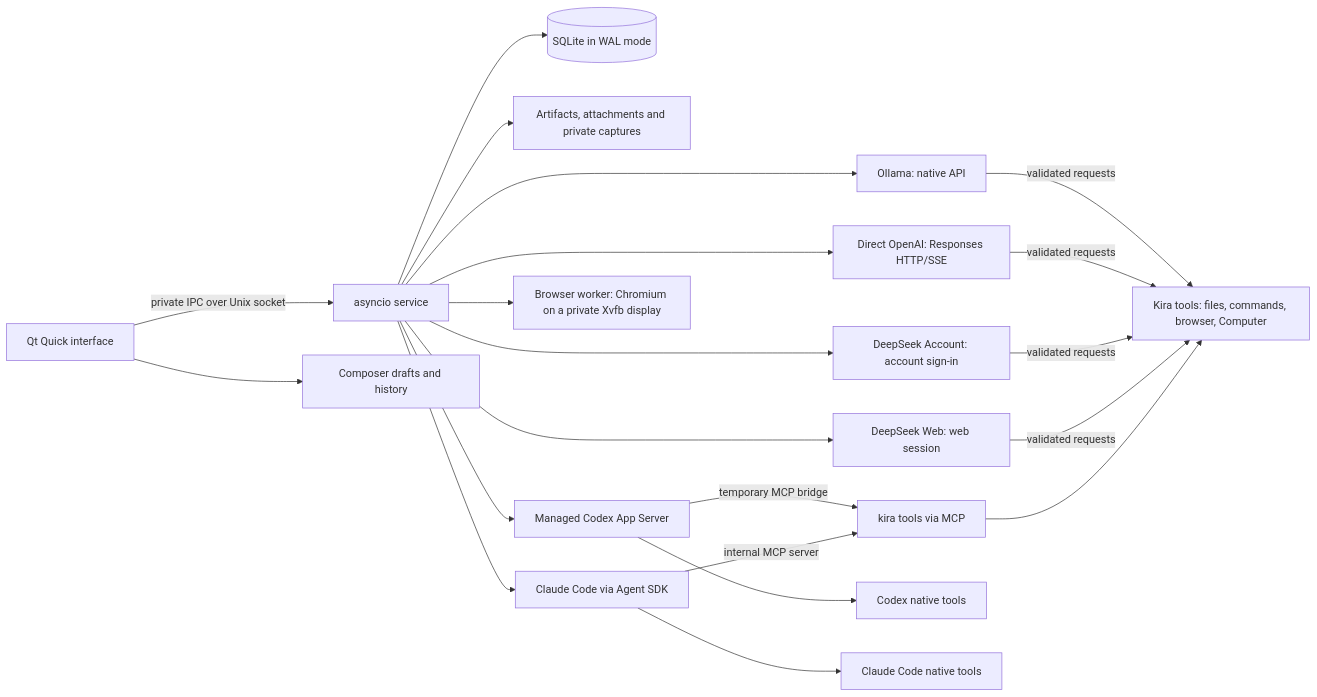
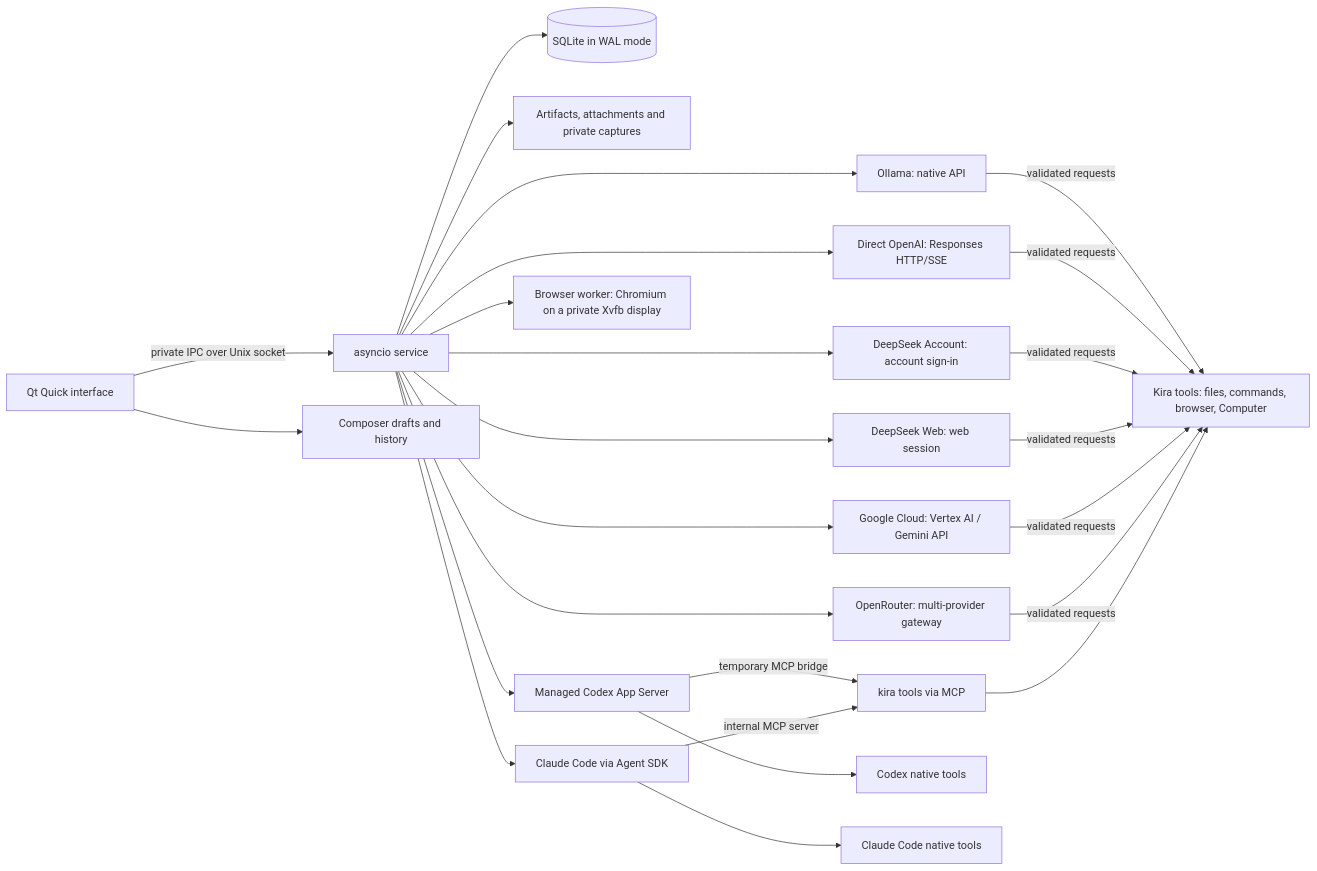
One commit to antosec00/kira-desktop changed the diagram in docs/en/ARCHITECTURE.md. Above: the diagram before and after it, drawn with Mermaid. The commit also changed other lines of this file and 27 other files, not shown here.

Commit message:
docs(providers): document OpenRouter provider, enable/disable toggle and Google Cloud across IT/EN guides

````diff
--- a/docs/en/ARCHITECTURE.md
+++ b/docs/en/ARCHITECTURE.md
@@ -16,17 +16,18 @@
 ```mermaid
 flowchart LR
   GUI[Qt Quick interface] -->|private IPC over Unix socket| Service[asyncio service]
   GUI --> Composer[Composer drafts and history]
   Service --> DB[(SQLite in WAL mode)]
   Service --> Artifacts[Artifacts, attachments and private captures]
   Service --> Ollama[Ollama: native API] & OpenAI[Direct OpenAI: Responses HTTP/SSE]
   Service --> DSAccount[DeepSeek Account: account sign-in] & DSWeb[DeepSeek Web: web session]
+  Service --> GCloud[Google Cloud: Vertex AI / Gemini API] & OpenRouter[OpenRouter: multi-provider gateway]
   Service --> Codex[Managed Codex App Server] & Claude[Claude Code via Agent SDK]
   Service --> Browser[Browser worker: Chromium on a private Xvfb display]
-  Ollama & OpenAI & DSAccount & DSWeb -->|validated requests| Tools[Kira tools: files, commands, browser, Computer]
+  Ollama & OpenAI & DSAccount & DSWeb & GCloud & OpenRouter -->|validated requests| Tools[Kira tools: files, commands, browser, Computer]
   Codex -->|temporary MCP bridge| KiraMcp[kira tools via MCP]
   Claude -->|internal MCP server| KiraMcp
   Codex --> NativeTools[Codex native tools]
   Claude --> ClaudeTools[Claude Code native tools]
   KiraMcp --> Tools
 ```
````
